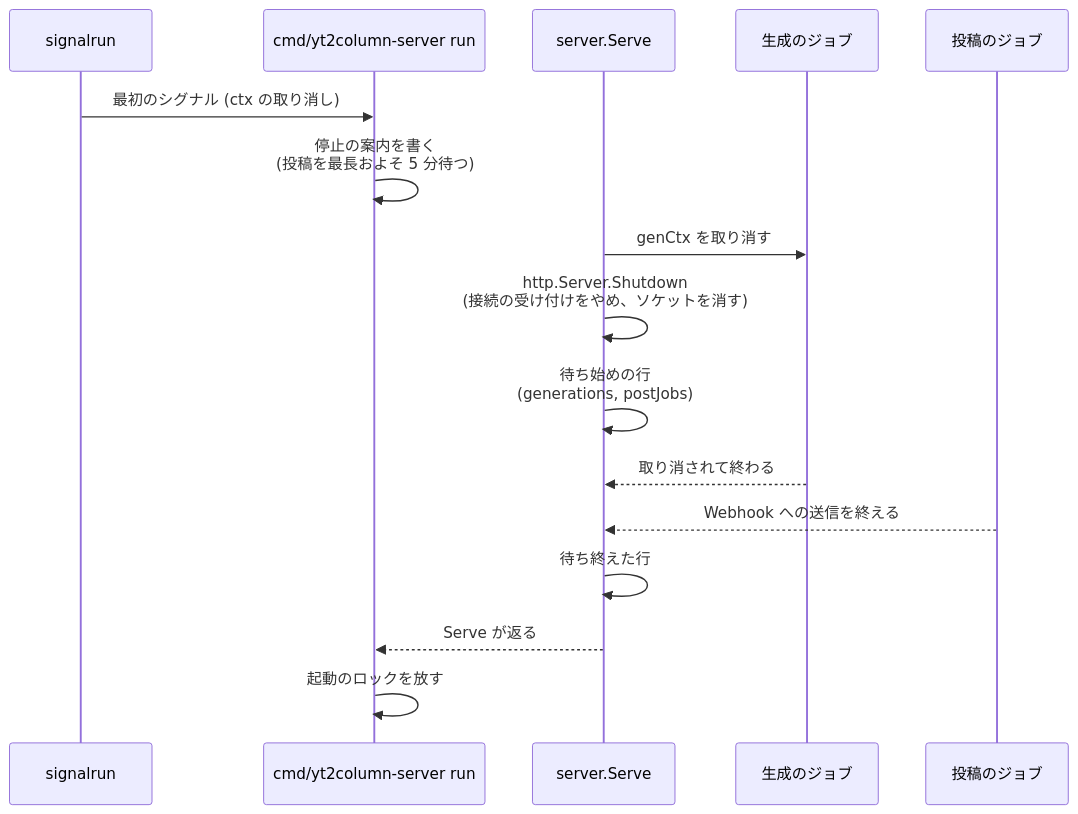
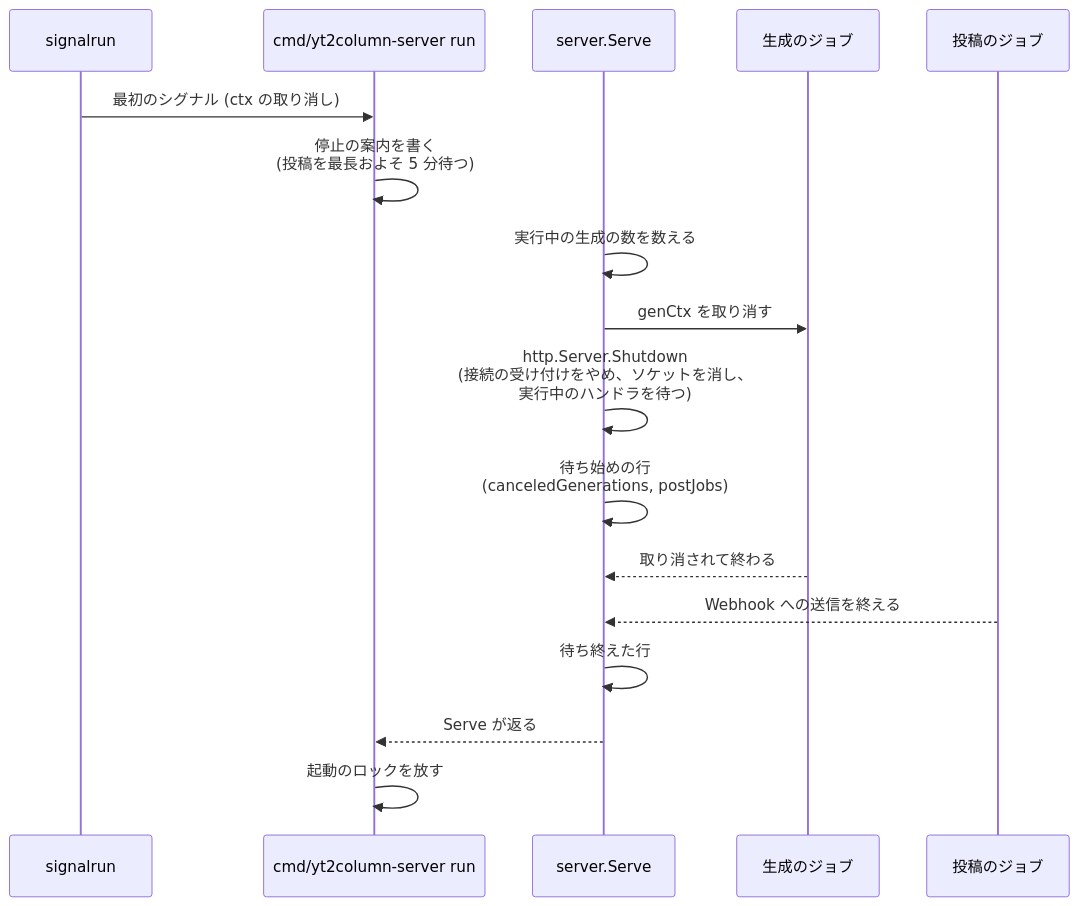
One commit to isseis/yt2column changed the sixth of 6 diagrams in docs/tasks/0059_remove_legacy_articles_api/02_architecture.md. Above: the diagram before and after it, drawn with Mermaid. The commit also changed other lines of this file, not shown here.

First line of the commit message:
docs(0059): address the architecture review findings

````diff
--- a/docs/tasks/0059_remove_legacy_articles_api/02_architecture.md
+++ b/docs/tasks/0059_remove_legacy_articles_api/02_architecture.md
@@ -456,19 +477,20 @@
 ```mermaid
 sequenceDiagram
     participant SIG as signalrun
     participant RUN as cmd/yt2column-server run
     participant SRV as server.Serve
     participant GEN as 生成のジョブ
     participant POST as 投稿のジョブ
 
     SIG->>RUN: 最初のシグナル (ctx の取り消し)
     RUN->>RUN: 停止の案内を書く<br>(投稿を最長およそ 5 分待つ)
+    SRV->>SRV: 実行中の生成の数を数える
     SRV->>GEN: genCtx を取り消す
-    SRV->>SRV: http.Server.Shutdown<br>(接続の受け付けをやめ、ソケットを消す)
-    SRV->>SRV: 待ち始めの行<br>(generations, postJobs)
+    SRV->>SRV: http.Server.Shutdown<br>(接続の受け付けをやめ、ソケットを消し、<br>実行中のハンドラを待つ)
+    SRV->>SRV: 待ち始めの行<br>(canceledGenerations, postJobs)
     GEN-->>SRV: 取り消されて終わる
     POST-->>SRV: Webhook への送信を終える
     SRV->>SRV: 待ち終えた行
     SRV-->>RUN: Serve が返る
     RUN->>RUN: 起動のロックを放す
 ```
````
